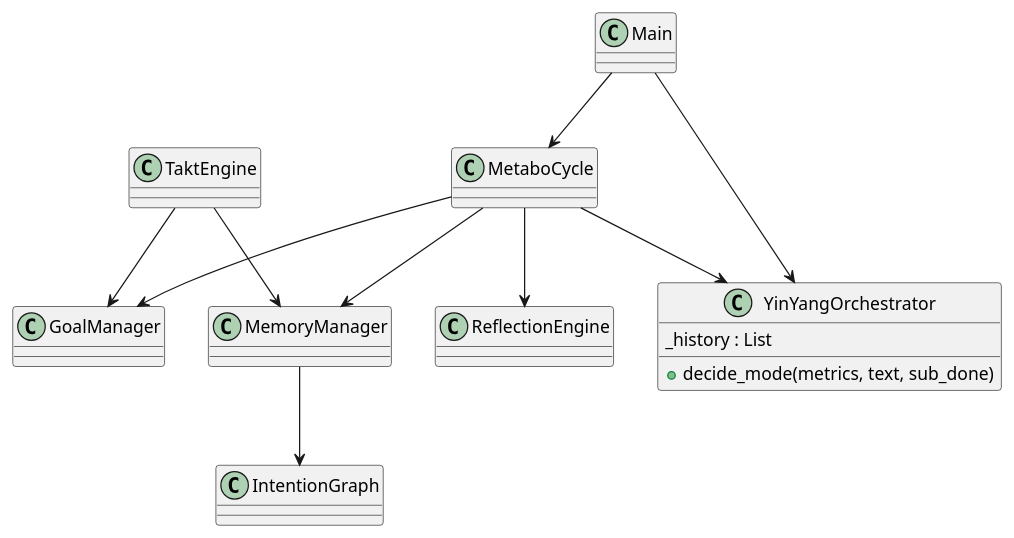
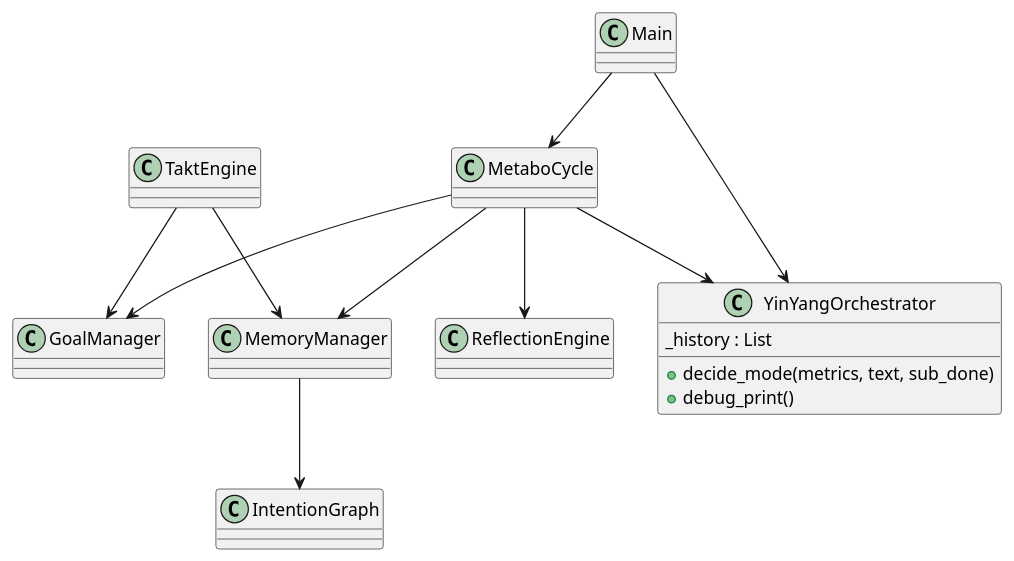
Before and after one commit to marcusreimold/MetaboMind: the diagram in doc/diagrams/class_diagram.puml, drawn with PlantUML. The commit also changed 4 other files, not shown here.

Commit message:
Enhance yin-yang decision logic (#61)

```diff
--- a/doc/diagrams/class_diagram.puml
+++ b/doc/diagrams/class_diagram.puml
@@ -1,21 +1,22 @@
 @startuml
 class Main
 class MetaboCycle
 class GoalManager
 class MemoryManager
 class IntentionGraph
 class ReflectionEngine
 class TaktEngine
 class YinYangOrchestrator
 YinYangOrchestrator : +decide_mode(metrics, text, sub_done)
+YinYangOrchestrator : +debug_print()
 YinYangOrchestrator : _history : List
 Main --> MetaboCycle
 MetaboCycle --> GoalManager
 MetaboCycle --> MemoryManager
 MetaboCycle --> ReflectionEngine
 MetaboCycle --> YinYangOrchestrator
 MemoryManager --> IntentionGraph
 TaktEngine --> MemoryManager
 TaktEngine --> GoalManager
 Main --> YinYangOrchestrator
 @enduml
```
